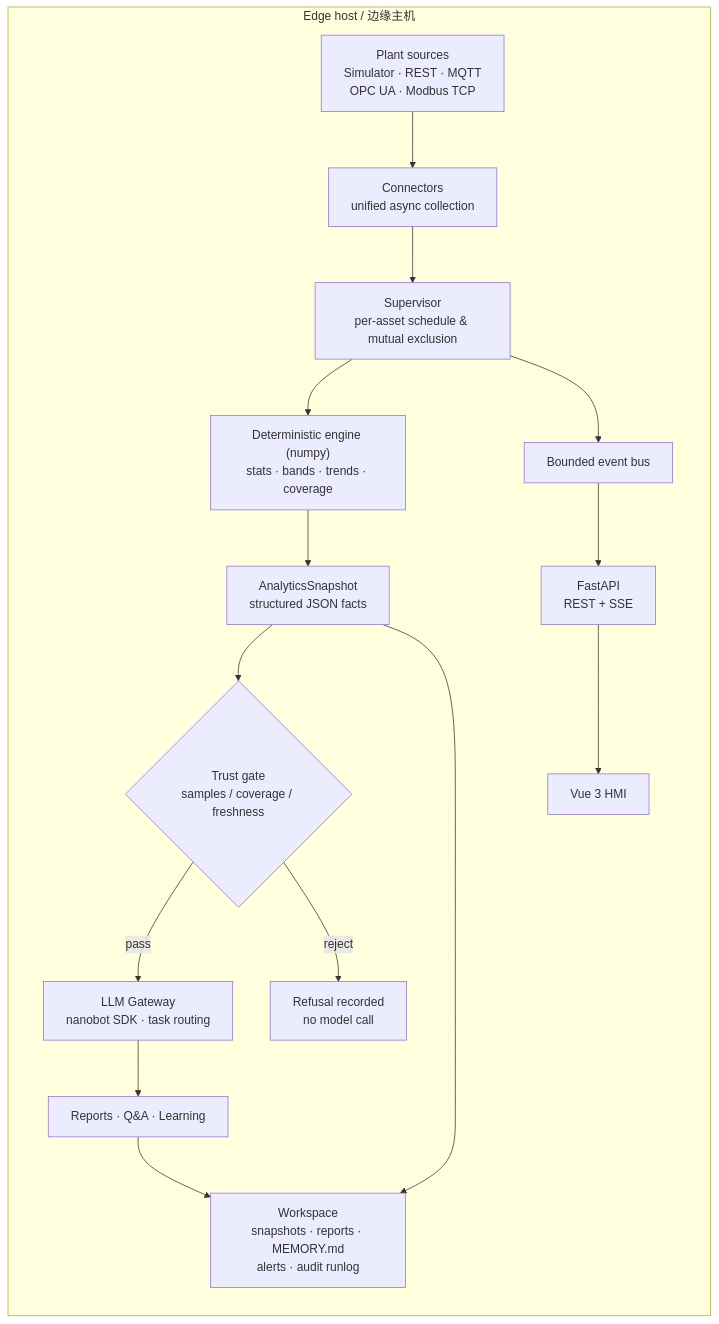
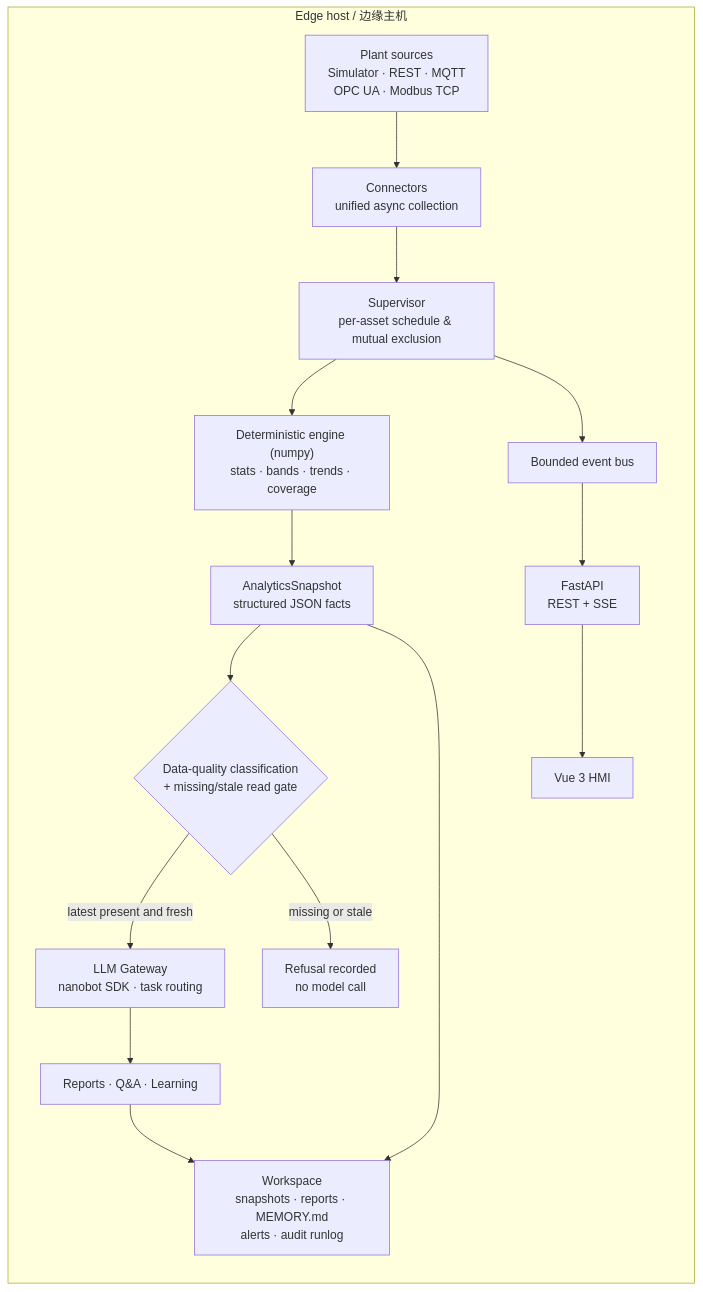
The first of 2 diagrams in README.md (happy-momo/Oxpecker-Your-shopfloor-Edge-Computing-Agent), drawn with Mermaid before and after one commit. The commit also changed other lines of this file and 5 other files, not shown here.

````diff
--- a/README.md
+++ b/README.md
@@ -213,18 +261,18 @@
 ```mermaid
 flowchart LR
   subgraph Edge["Edge host / 边缘主机"]
     DS["Plant sources<br/>Simulator · REST · MQTT<br/>OPC UA · Modbus TCP"] --> ING["Connectors<br/>unified async collection"]
     ING --> SUP["Supervisor<br/>per-asset schedule & mutual exclusion"]
     SUP --> ANA["Deterministic engine (numpy)<br/>stats · bands · trends · coverage"]
     ANA --> SNAP["AnalyticsSnapshot<br/>structured JSON facts"]
-    SNAP --> GATE{"Trust gate<br/>samples / coverage / freshness"}
-    GATE -->|pass| LLM["LLM Gateway<br/>nanobot SDK · task routing"]
-    GATE -->|reject| DENY["Refusal recorded<br/>no model call"]
+    SNAP --> GATE{"Data-quality classification<br/>+ missing/stale read gate"}
+    GATE -->|latest present and fresh| LLM["LLM Gateway<br/>nanobot SDK · task routing"]
+    GATE -->|missing or stale| DENY["Refusal recorded<br/>no model call"]
     LLM --> USE["Reports · Q&A · Learning"]
     SNAP --> STORE["Workspace<br/>snapshots · reports · MEMORY.md<br/>alerts · audit runlog"]
     USE --> STORE
     SUP --> BUS["Bounded event bus"]
     BUS --> API["FastAPI<br/>REST + SSE"]
     API --> UI["Vue 3 HMI"]
   end
 ```
````
